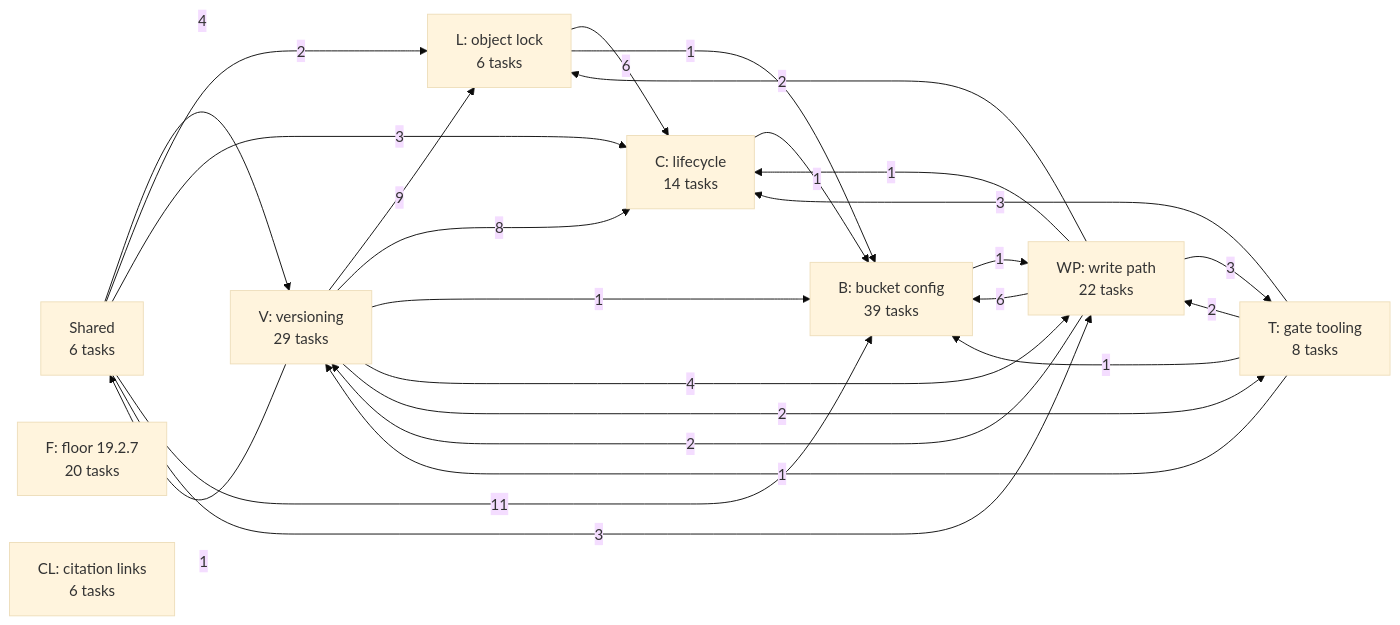
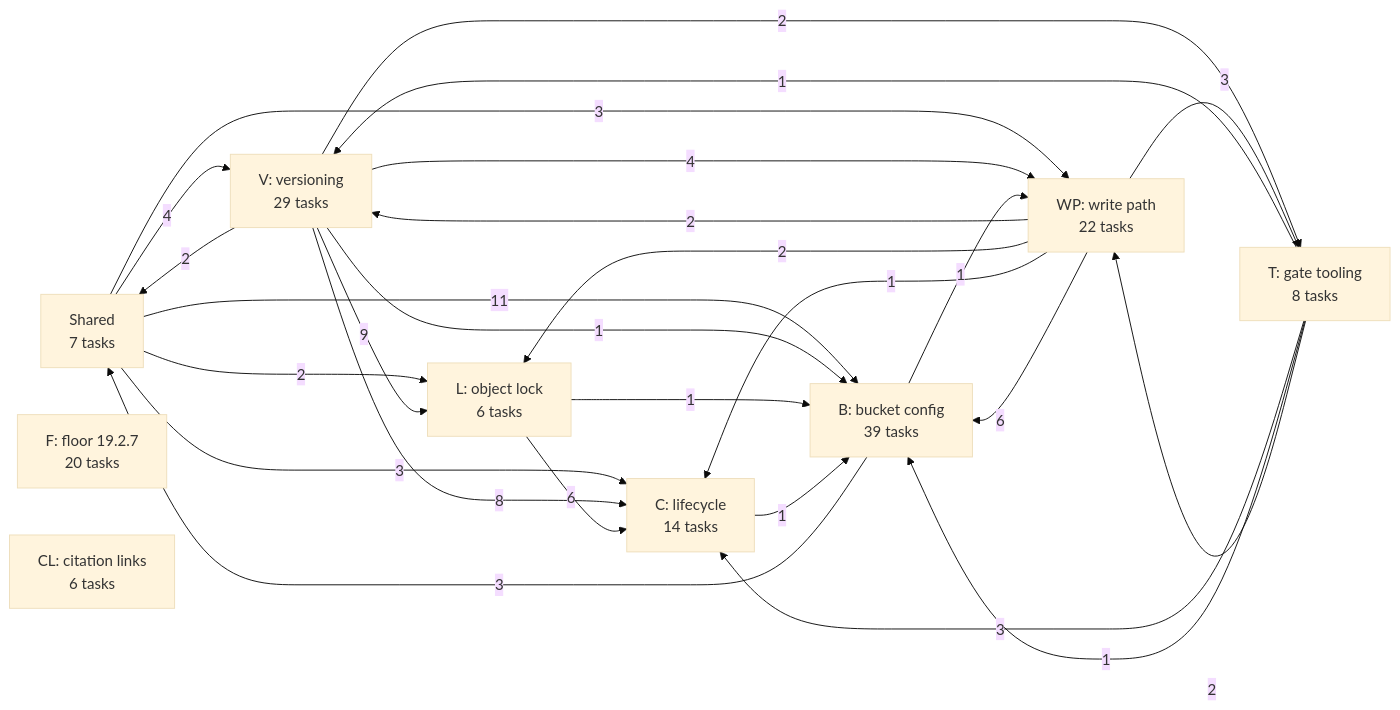
Before and after one commit to jhoblitt/rgw-go: the first of 10 diagrams in docs/superpowers/plans/2026-10-13-phase-2/dependencies.md, drawn with Mermaid (base theme). The commit also changed other lines of this file, not shown here.

First line of the commit message:
docs(plan): regenerate the phase 2 dependency graph for S7

````diff
--- a/docs/superpowers/plans/2026-10-13-phase-2/dependencies.md
+++ b/docs/superpowers/plans/2026-10-13-phase-2/dependencies.md
@@ -13,36 +13,37 @@
 ```mermaid
 flowchart LR
-  u_S["Shared<br/>6 tasks"]
+  u_S["Shared<br/>7 tasks"]
   u_F["F: floor 19.2.7<br/>20 tasks"]
   u_V["V: versioning<br/>29 tasks"]
   u_L["L: object lock<br/>6 tasks"]
   u_C["C: lifecycle<br/>14 tasks"]
   u_B["B: bucket config<br/>39 tasks"]
   u_WP["WP: write path<br/>22 tasks"]
   u_T["T: gate tooling<br/>8 tasks"]
   u_CL["CL: citation links<br/>6 tasks"]
   u_S -->|4| u_V
   u_S -->|2| u_L
   u_S -->|3| u_C
   u_S -->|11| u_B
   u_S -->|3| u_WP
-  u_V -->|1| u_S
+  u_V -->|2| u_S
   u_V -->|9| u_L
   u_V -->|8| u_C
   u_V -->|1| u_B
   u_V -->|4| u_WP
   u_V -->|2| u_T
   u_L -->|6| u_C
   u_L -->|1| u_B
   u_C -->|1| u_B
+  u_B -->|3| u_S
   u_B -->|1| u_WP
   u_WP -->|2| u_V
   u_WP -->|2| u_L
   u_WP -->|1| u_C
   u_WP -->|6| u_B
   u_WP -->|3| u_T
   u_T -->|1| u_V
   u_T -->|3| u_C
   u_T -->|1| u_B
   u_T -->|2| u_WP
 ```
````
